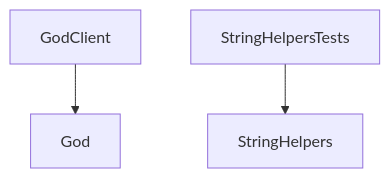
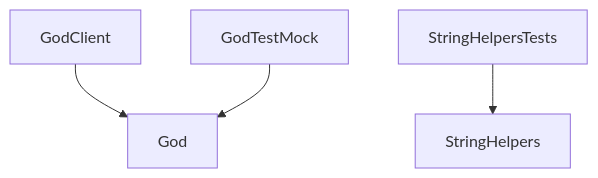
Before and after one commit to 0x1-company/god-ios: the diagram in Packages/DependencyPackage/README.md, drawn with Mermaid.

Commit message:
chore: 🤖 dgraph

````diff
--- a/Packages/DependencyPackage/README.md
+++ b/Packages/DependencyPackage/README.md
@@ -6,5 +6,6 @@
 ```mermaid
 graph TD;
     GodClient-->God;
+    GodTestMock-->God;
     StringHelpersTests-->StringHelpers;
 ```
````
